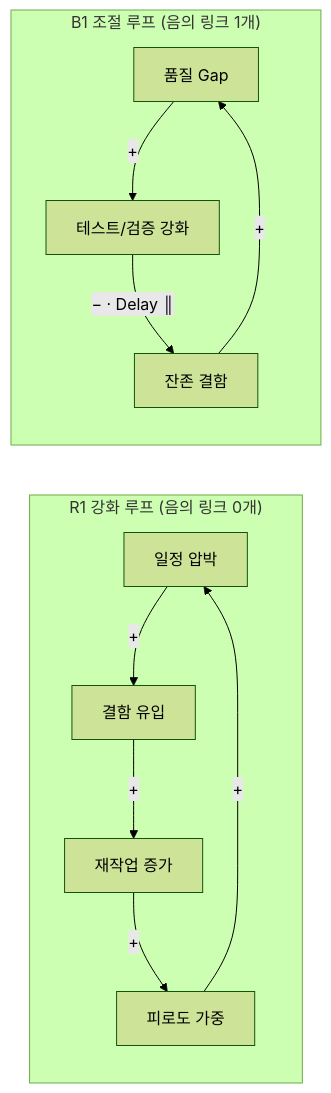
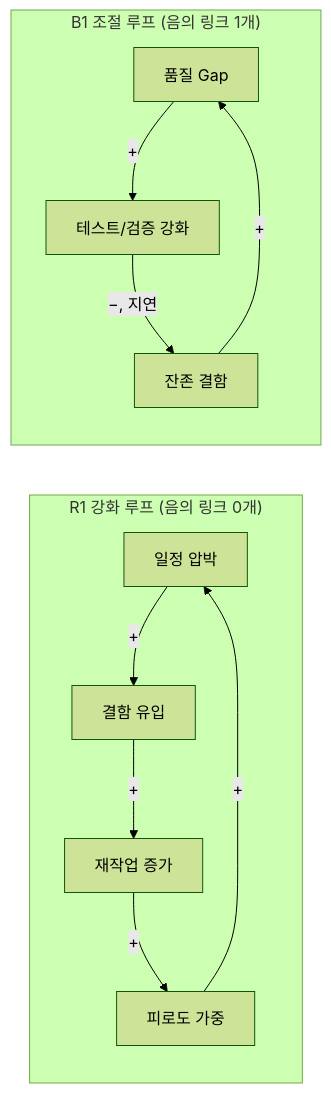
Before and after one commit to agnusdei1207/study: the first of 3 diagrams in src/content/docs/notes/itpe/01-it-strategy/116_causal_loop_diagram.md, drawn with Mermaid (forest theme). The commit also changed other lines of this file and 6 other files, not shown here.

````diff
--- a/src/content/docs/notes/itpe/01-it-strategy/116_causal_loop_diagram.md
+++ b/src/content/docs/notes/itpe/01-it-strategy/116_causal_loop_diagram.md
@@ -57,14 +55,14 @@
 ```mermaid
 flowchart LR
     subgraph R_LOOP["R1 강화 루프 (음의 링크 0개)"]
         P_PRESS["일정 압박"] -->|+| DEFECTS["결함 유입"]
         DEFECTS -->|+| REWORK["재작업 증가"]
         REWORK -->|+| FATIGUE["피로도 가중"]
         FATIGUE -->|+| P_PRESS
     end
     subgraph B_LOOP["B1 조절 루프 (음의 링크 1개)"]
         Q_GAP["품질 Gap"] -->|+| TEST["테스트/검증 강화"]
-        TEST -->|"− · Delay ║"| RESIDUAL["잔존 결함"]
+        TEST -->|"−, 지연"| RESIDUAL["잔존 결함"]
         RESIDUAL -->|+| Q_GAP
     end
 ```
````
